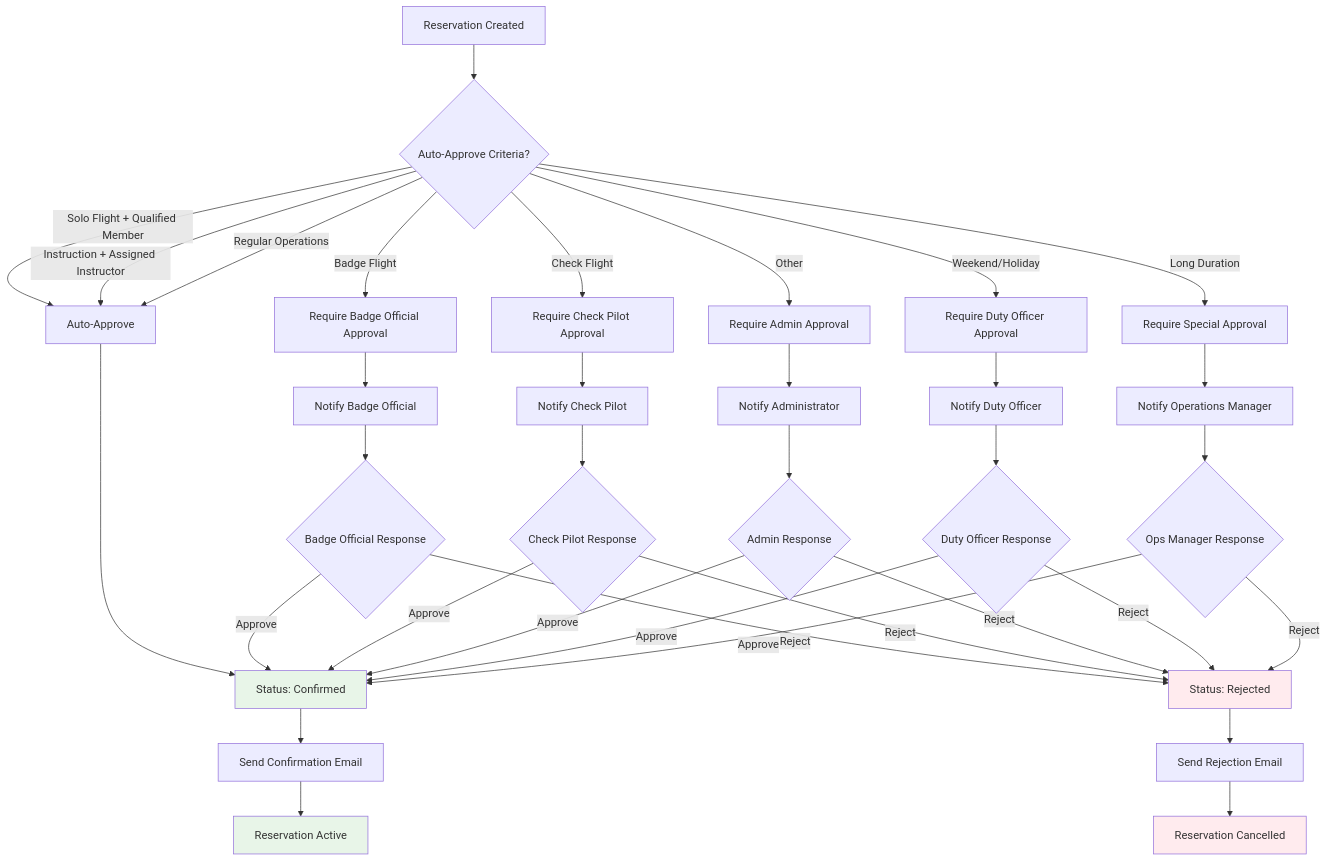
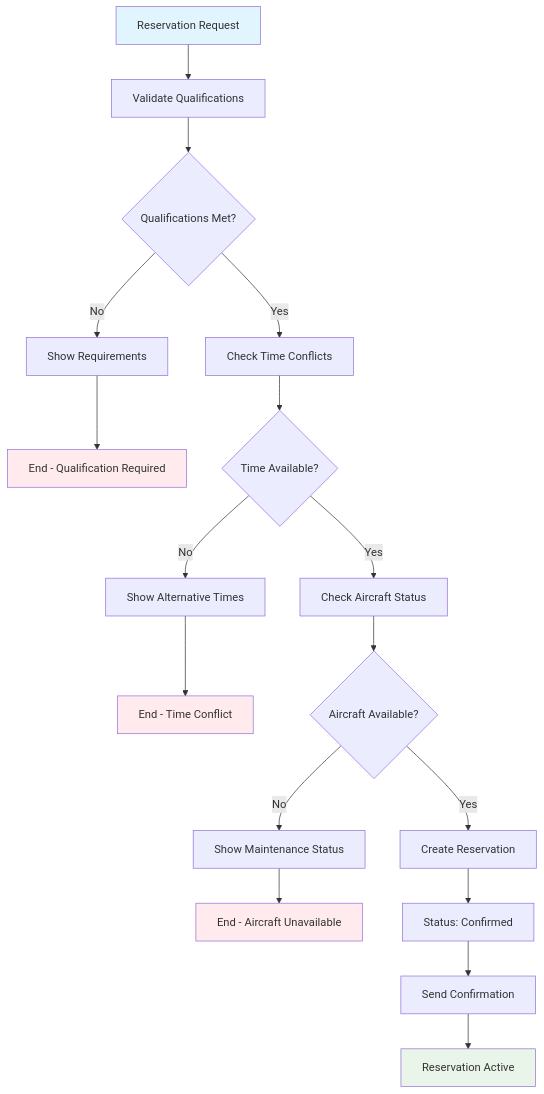
The fourth of 6 diagrams in docs/workflows/issue-190-glider-reservation-design.md (pietbarber/Manage2Soar), drawn with Mermaid before and after one commit. The commit also changed other lines of this file, not shown here.

Commit message:
Refactor glider reservation workflow to implement a first-come-first-served system with automatic confirmation. Remove approval workflows and streamline reservation creation, ensuring immediate validation and status confirmation for qualified members.

````diff
--- a/docs/workflows/issue-190-glider-reservation-design.md
+++ b/docs/workflows/issue-190-glider-reservation-design.md
@@ -191,51 +182,31 @@
 ```mermaid
 flowchart TD
-    A[Reservation Created] --> B{Auto-Approve Criteria?}
+    A[Reservation Request] --> B[Validate Qualifications]
+    B --> C{Qualifications Met?}
     
-    B -->|Solo Flight + Qualified Member| C[Auto-Approve]
-    B -->|Instruction + Assigned Instructor| C
-    B -->|Regular Operations| C
+    C -->|No| D[Show Requirements]
+    D --> E[End - Qualification Required]
     
-    B -->|Badge Flight| D[Require Badge Official Approval]
-    B -->|Check Flight| E[Require Check Pilot Approval]
-    B -->|Other| F[Require Admin Approval]
-    B -->|Weekend/Holiday| G[Require Duty Officer Approval]
-    B -->|Long Duration| H[Require Special Approval]
+    C -->|Yes| F[Check Time Conflicts]
+    F --> G{Time Available?}
     
-    C --> I[Status: Confirmed]
+    G -->|No| H[Show Alternative Times]
+    H --> I[End - Time Conflict]
     
-    D --> J[Notify Badge Official]
-    E --> K[Notify Check Pilot]
-    F --> L[Notify Administrator]
-    G --> M[Notify Duty Officer]
-    H --> N[Notify Operations Manager]
+    G -->|Yes| J[Check Aircraft Status]
+    J --> K{Aircraft Available?}
     
-    J --> O{Badge Official Response}
-    K --> P{Check Pilot Response}
-    L --> Q{Admin Response}
-    M --> R{Duty Officer Response}
-    N --> S{Ops Manager Response}
+    K -->|No| L[Show Maintenance Status]
+    L --> M[End - Aircraft Unavailable]
     
-    O -->|Approve| I
-    P -->|Approve| I
-    Q -->|Approve| I
-    R -->|Approve| I
-    S -->|Approve| I
+    K -->|Yes| N[Create Reservation]
+    N --> O[Status: Confirmed]
+    O --> P[Send Confirmation]
+    P --> Q[Reservation Active]
     
-    O -->|Reject| T[Status: Rejected]
-    P -->|Reject| T
-    Q -->|Reject| T
-    R -->|Reject| T
-    S -->|Reject| T
-    
-    I --> U[Send Confirmation Email]
-    T --> V[Send Rejection Email]
-    
-    U --> W[Reservation Active]
-    V --> X[Reservation Cancelled]
-    
-    style I fill:#e8f5e8
-    style W fill:#e8f5e8
-    style T fill:#ffebee
-    style X fill:#ffebee
+    style A fill:#e1f5fe
+    style Q fill:#e8f5e8
+    style E fill:#ffebee
+    style I fill:#ffebee
+    style M fill:#ffebee
 ```
````
